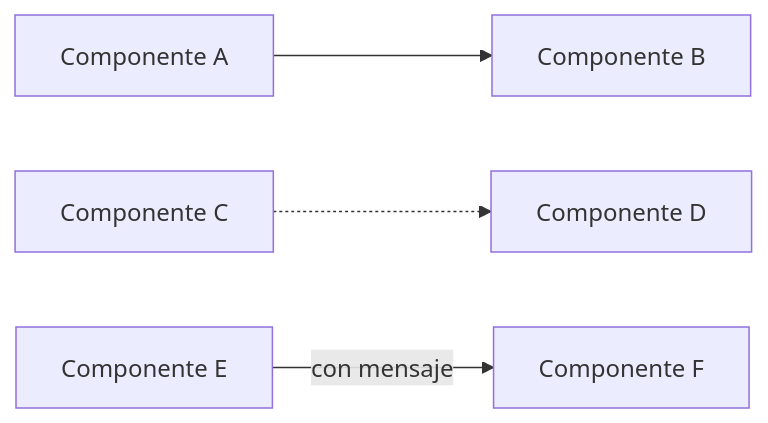
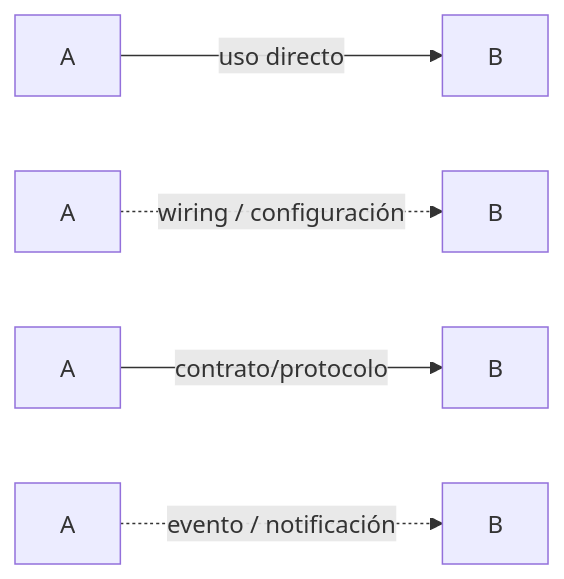
Before and after one commit to SwiftEnProfundidad/stack-my-architecture-ios: the fourth of 7 diagrams in 01-fundamentos/00-introduccion.md, drawn with Mermaid. The commit also changed other lines of this file and 7 other files, not shown here.

First line of the commit message:
docs(course): align pedagogy, roadmap and diagram conventions

````diff
--- a/01-fundamentos/00-introduccion.md
+++ b/01-fundamentos/00-introduccion.md
@@ -238,6 +238,7 @@
 ```mermaid
 graph LR
-    A["Componente A"] --> B["Componente B"]
-    C["Componente C"] -.-> D["Componente D"]
-    E["Componente E"] -->|"con mensaje"| F["Componente F"]
+    A["A"] -->|"uso directo"| B["B"]
+    C["A"] -.->|"wiring / configuración"| D["B"]
+    E["A"] -->|"contrato/protocolo"| F["B"]
+    G["A"] -.->|"evento / notificación"| H["B"]
 ```
````
